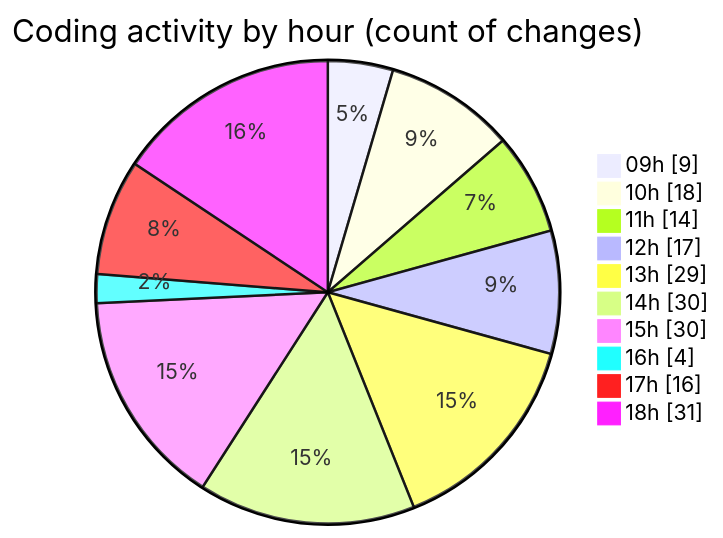
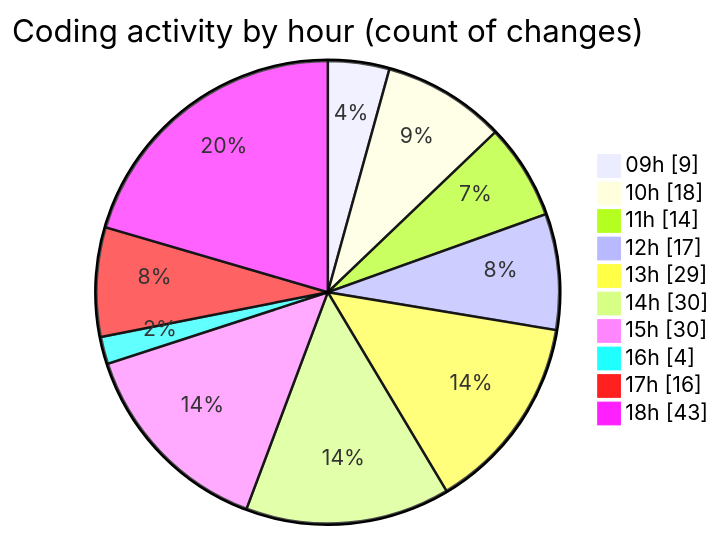
The second of 2 diagrams in 2025-03-24/cda/README.md (momahboobian/code-tracking), drawn with Mermaid before and after one commit. The commit also changed other lines of this file and 1 other file, not shown here.

````diff
--- a/2025-03-24/cda/README.md
+++ b/2025-03-24/cda/README.md
@@ -56,14 +56,14 @@
 ```mermaid
 pie showData
 title Coding activity by hour (count of changes)
 "09h" : 9
 "10h" : 18
 "11h" : 14
 "12h" : 17
 "13h" : 29
 "14h" : 30
 "15h" : 30
 "16h" : 4
 "17h" : 16
-"18h" : 31
+"18h" : 43
 ```
````
